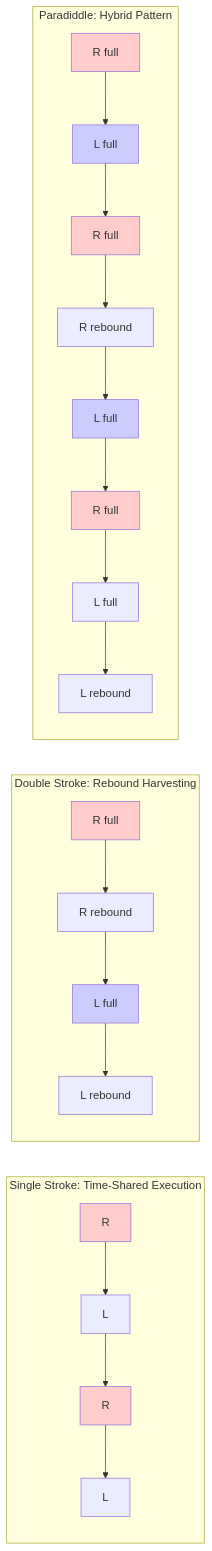
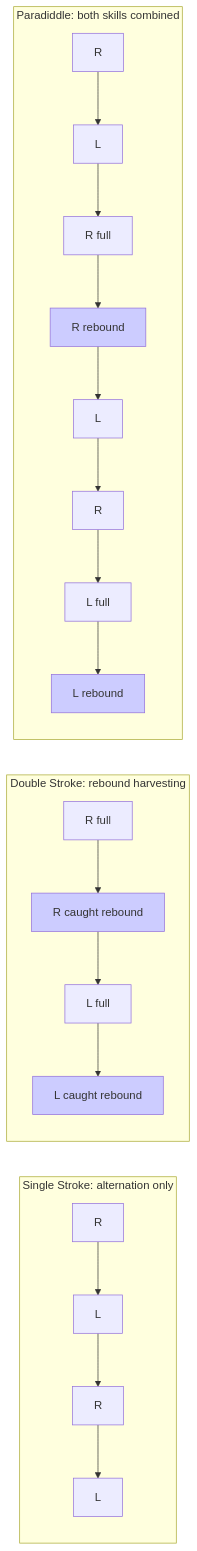
The second of 2 diagrams in topics/arts/music_performance/percussion/lesson_02_stick_techniques.md (blebleblee/synapse), drawn with Mermaid before and after one commit. The commit also changed other lines of this file and 4 other files, not shown here.

````diff
--- a/topics/arts/music_performance/percussion/lesson_02_stick_techniques.md
+++ b/topics/arts/music_performance/percussion/lesson_02_stick_techniques.md
@@ -175,24 +155,16 @@
 ```mermaid
 graph LR
-    subgraph sub_single_stroke__time_shared_execu ["Single Stroke: Time-Shared Execution"]
+    subgraph sub_single ["Single Stroke: alternation only"]
         A1["R"] --> A2["L"] --> A3["R"] --> A4["L"]
     end
-    
-    subgraph sub_double_stroke__rebound_harvestin ["Double Stroke: Rebound Harvesting"]
-        B1["R full"] --> B2["R rebound"] --> B3["L full"] --> B4["L rebound"]
+    subgraph sub_double ["Double Stroke: rebound harvesting"]
+        B1["R full"] --> B2["R caught rebound"] --> B3["L full"] --> B4["L caught rebound"]
     end
-    
-    subgraph sub_paradiddle__hybrid_pattern ["Paradiddle: Hybrid Pattern"]
-        C1["R full"] --> C2["L full"] --> C3["R full"] --> C4["R rebound"] --> C5["L full"] --> C6["R full"] --> C7["L full"] --> C8["L rebound"]
+    subgraph sub_para ["Paradiddle: both skills combined"]
+        C1["R"] --> C2["L"] --> C3["R full"] --> C4["R rebound"] --> C5["L"] --> C6["R"] --> C7["L full"] --> C8["L rebound"]
     end
-    
-    style A1 fill:#ffcccc
-    style A3 fill:#ffcccc
-    style B1 fill:#ffcccc
-    style B3 fill:#ccccff
-    style C1 fill:#ffcccc
-    style C2 fill:#ccccff
-    style C3 fill:#ffcccc
-    style C5 fill:#ccccff
-    style C6 fill:#ffcccc
+    style B2 fill:#ccccff
+    style B4 fill:#ccccff
+    style C4 fill:#ccccff
+    style C8 fill:#ccccff
 ```
````
